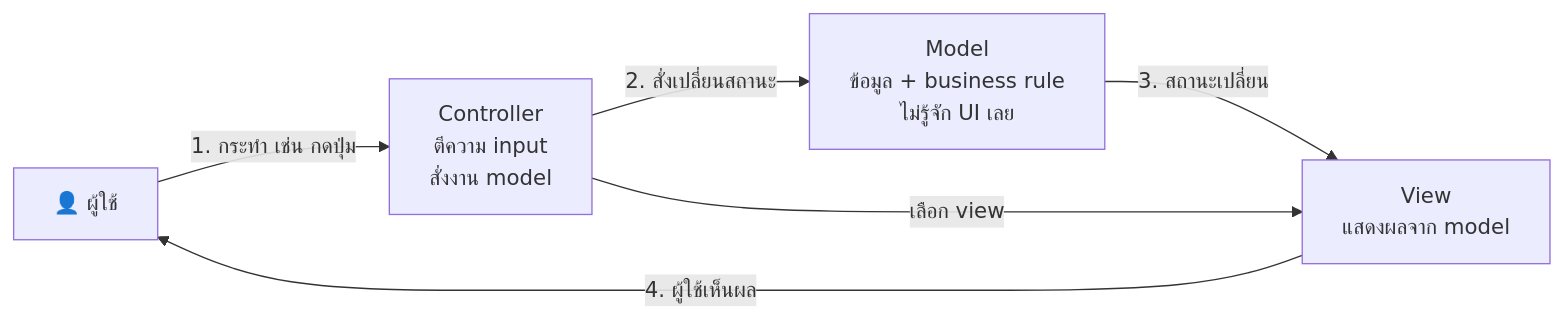
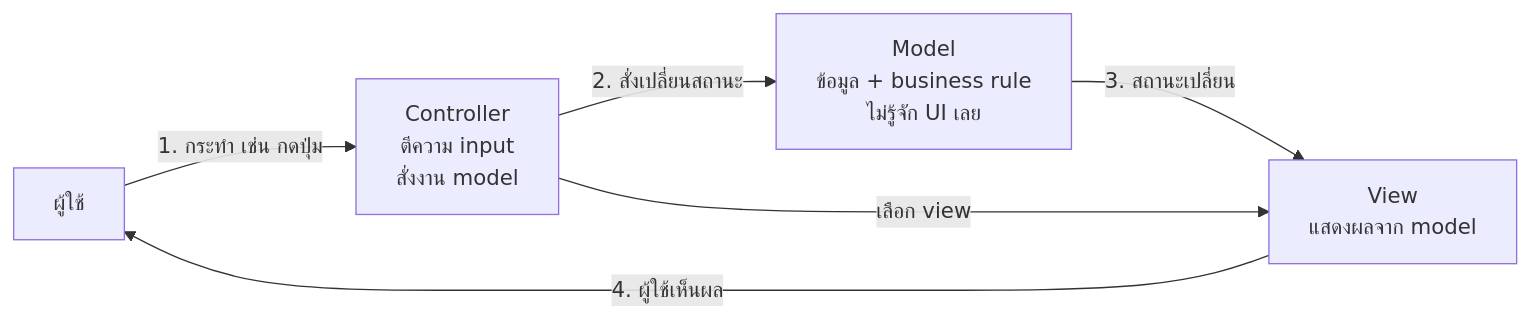
Before and after one commit to CE-SDPX/SDPX-AI: the eighth of 25 diagrams in readings/04-system-architecture-design.md, drawn with Mermaid. The commit also changed other lines of this file and 6 other files, not shown here.

````diff
--- a/readings/04-system-architecture-design.md
+++ b/readings/04-system-architecture-design.md
@@ -262,8 +261,8 @@
 ```mermaid
 flowchart LR
-    U["👤 ผู้ใช้"] -->|"1. กระทำ เช่น กดปุ่ม"| C["Controller<br/>ตีความ input<br/>สั่งงาน model"]
+    U["ผู้ใช้"] -->|"1. กระทำ เช่น กดปุ่ม"| C["Controller<br/>ตีความ input<br/>สั่งงาน model"]
     C -->|"2. สั่งเปลี่ยนสถานะ"| M["Model<br/>ข้อมูล + business rule<br/>ไม่รู้จัก UI เลย"]
     M -->|"3. สถานะเปลี่ยน"| V["View<br/>แสดงผลจาก model"]
     V -->|"4. ผู้ใช้เห็นผล"| U
     C -->|"เลือก view"| V
 ```
````
